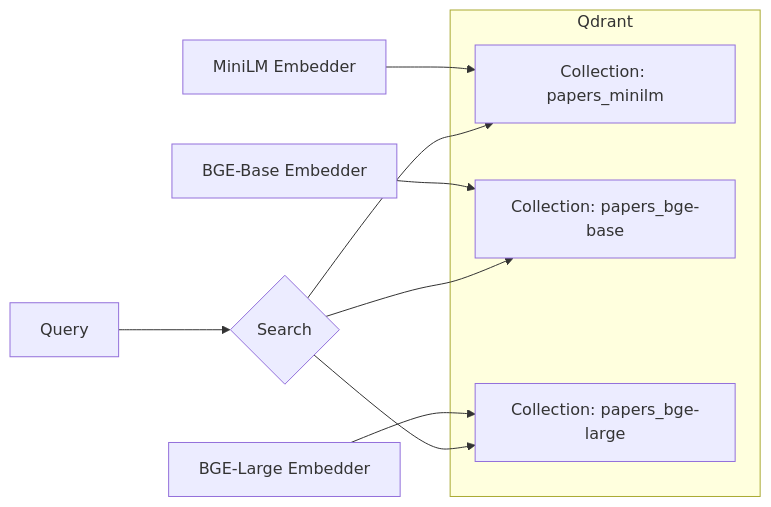
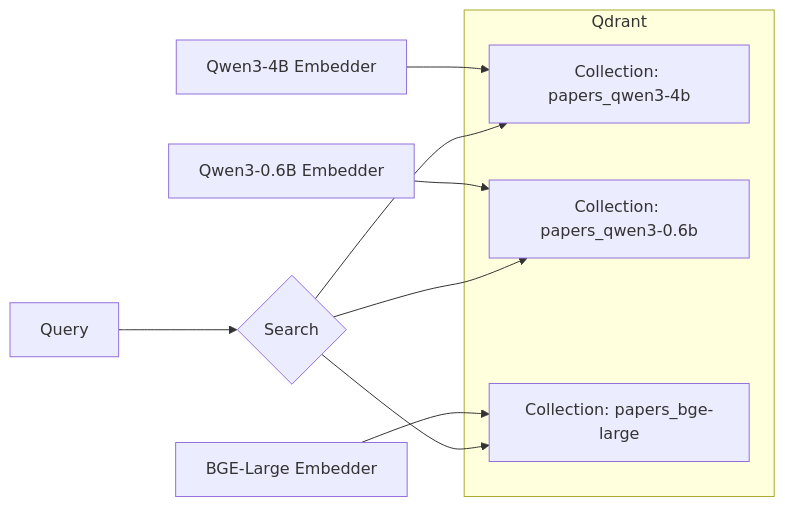
The first of 2 diagrams in docs/pipeline/vector-storage.md (agapestack/research-assistant), drawn with Mermaid before and after one commit. The commit also changed other lines of this file and 35 other files, not shown here.

````diff
--- a/docs/pipeline/vector-storage.md
+++ b/docs/pipeline/vector-storage.md
@@ -17,17 +17,17 @@
 ```mermaid
 flowchart LR
     subgraph Qdrant
-        C1[Collection: papers_minilm]
-        C2[Collection: papers_bge-base]
+        C1[Collection: papers_qwen3-4b]
+        C2[Collection: papers_qwen3-0.6b]
         C3[Collection: papers_bge-large]
     end
 
-    E1[MiniLM Embedder] --> C1
-    E2[BGE-Base Embedder] --> C2
+    E1[Qwen3-4B Embedder] --> C1
+    E2[Qwen3-0.6B Embedder] --> C2
     E3[BGE-Large Embedder] --> C3
 
     Q[Query] --> S{Search}
     S --> C1
     S --> C2
     S --> C3
 ```
````
